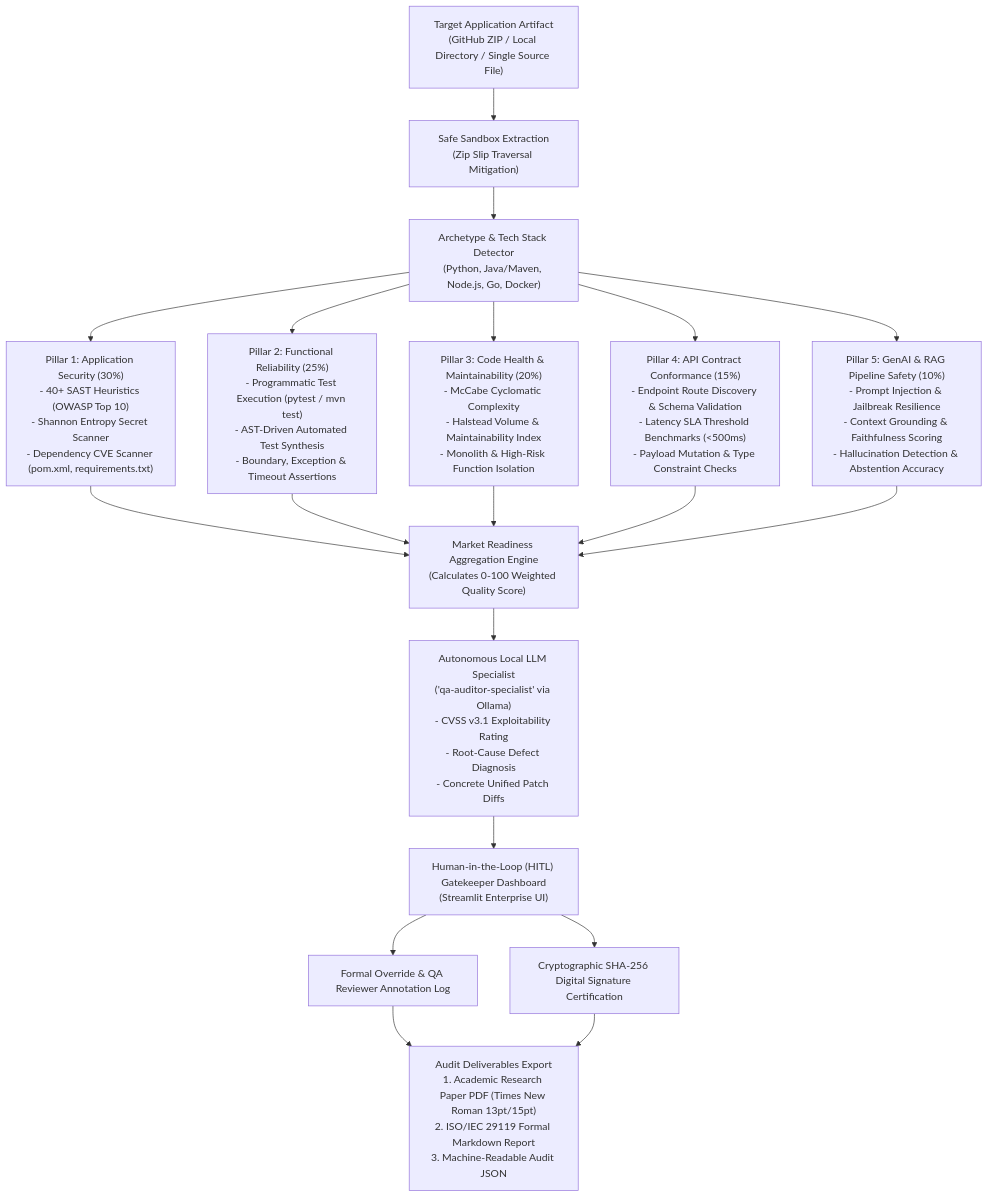
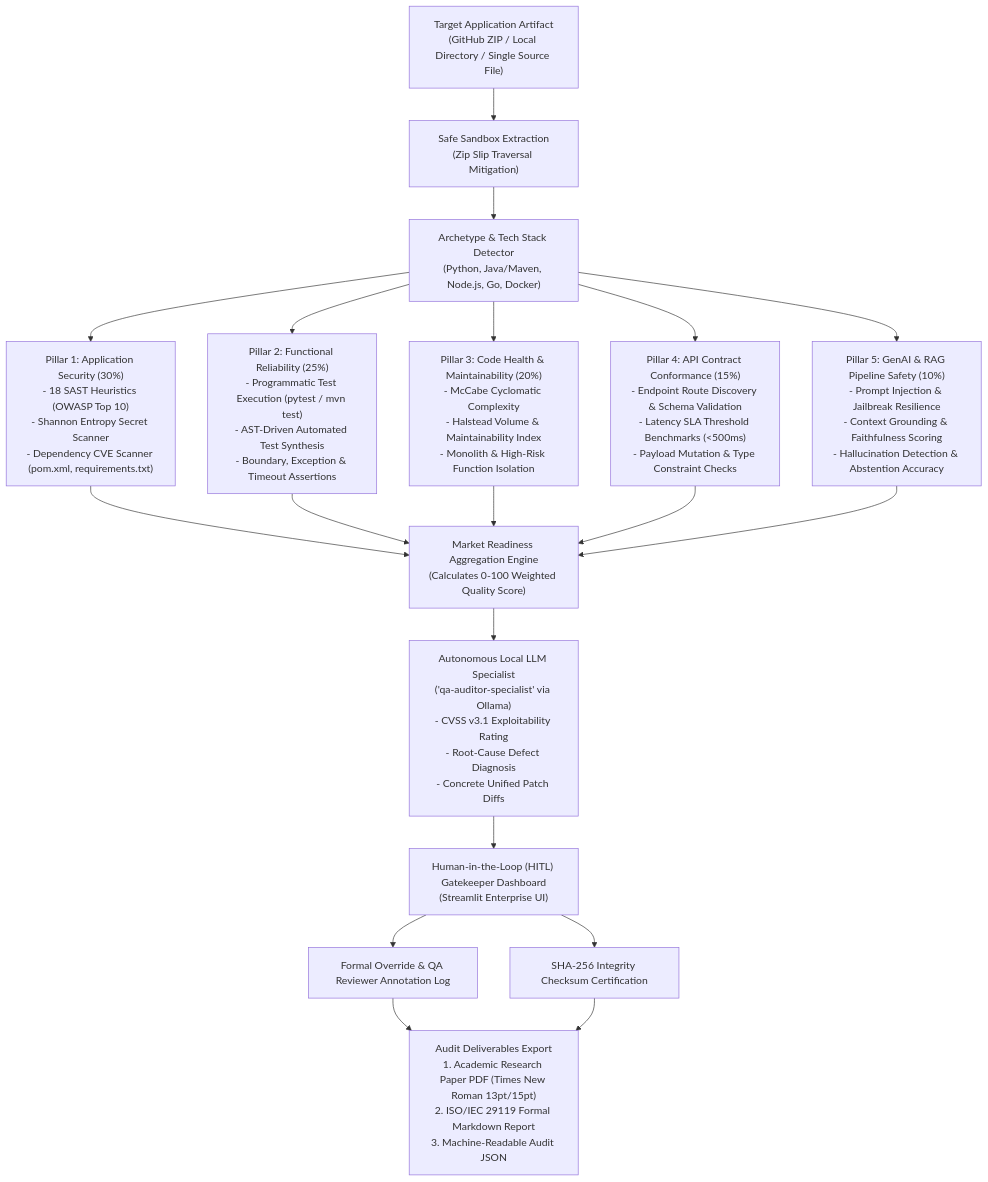
The diagram in README.md (rs-vaibhav/market-readiness-qa-pipeline), drawn with Mermaid before and after one commit. The commit also changed other lines of this file and 43 other files, not shown here.

````diff
--- a/README.md
+++ b/README.md
@@ -35,23 +36,23 @@
 ```mermaid
 flowchart TD
     A["Target Application Artifact<br>(GitHub ZIP / Local Directory / Single Source File)"] --> B["Safe Sandbox Extraction<br>(Zip Slip Traversal Mitigation)"]
     
     B --> C["Archetype & Tech Stack Detector<br>(Python, Java/Maven, Node.js, Go, Docker)"]
     
-    C --> D1["Pillar 1: Application Security (30%)<br>- 40+ SAST Heuristics (OWASP Top 10)<br>- Shannon Entropy Secret Scanner<br>- Dependency CVE Scanner (pom.xml, requirements.txt)"]
+    C --> D1["Pillar 1: Application Security (30%)<br>- 18 SAST Heuristics (OWASP Top 10)<br>- Shannon Entropy Secret Scanner<br>- Dependency CVE Scanner (pom.xml, requirements.txt)"]
     C --> D2["Pillar 2: Functional Reliability (25%)<br>- Programmatic Test Execution (pytest / mvn test)<br>- AST-Driven Automated Test Synthesis<br>- Boundary, Exception & Timeout Assertions"]
     C --> D3["Pillar 3: Code Health & Maintainability (20%)<br>- McCabe Cyclomatic Complexity<br>- Halstead Volume & Maintainability Index<br>- Monolith & High-Risk Function Isolation"]
     C --> D4["Pillar 4: API Contract Conformance (15%)<br>- Endpoint Route Discovery & Schema Validation<br>- Latency SLA Threshold Benchmarks (&lt;500ms)<br>- Payload Mutation & Type Constraint Checks"]
     C --> D5["Pillar 5: GenAI & RAG Pipeline Safety (10%)<br>- Prompt Injection & Jailbreak Resilience<br>- Context Grounding & Faithfulness Scoring<br>- Hallucination Detection & Abstention Accuracy"]
 
     D1 & D2 & D3 & D4 & D5 --> E["Market Readiness Aggregation Engine<br>(Calculates 0-100 Weighted Quality Score)"]
 
     E --> F["Autonomous Local LLM Specialist<br>('qa-auditor-specialist' via Ollama)<br>- CVSS v3.1 Exploitability Rating<br>- Root-Cause Defect Diagnosis<br>- Concrete Unified Patch Diffs"]
 
     F --> G["Human-in-the-Loop (HITL) Gatekeeper Dashboard<br>(Streamlit Enterprise UI)"]
 
     G --> H1["Formal Override & QA Reviewer Annotation Log"]
-    G --> H2["Cryptographic SHA-256 Digital Signature Certification"]
+    G --> H2["SHA-256 Integrity Checksum Certification"]
     
     H1 & H2 --> I["Audit Deliverables Export<br>1. Academic Research Paper PDF (Times New Roman 13pt/15pt)<br>2. ISO/IEC 29119 Formal Markdown Report<br>3. Machine-Readable Audit JSON"]
 ```
````
